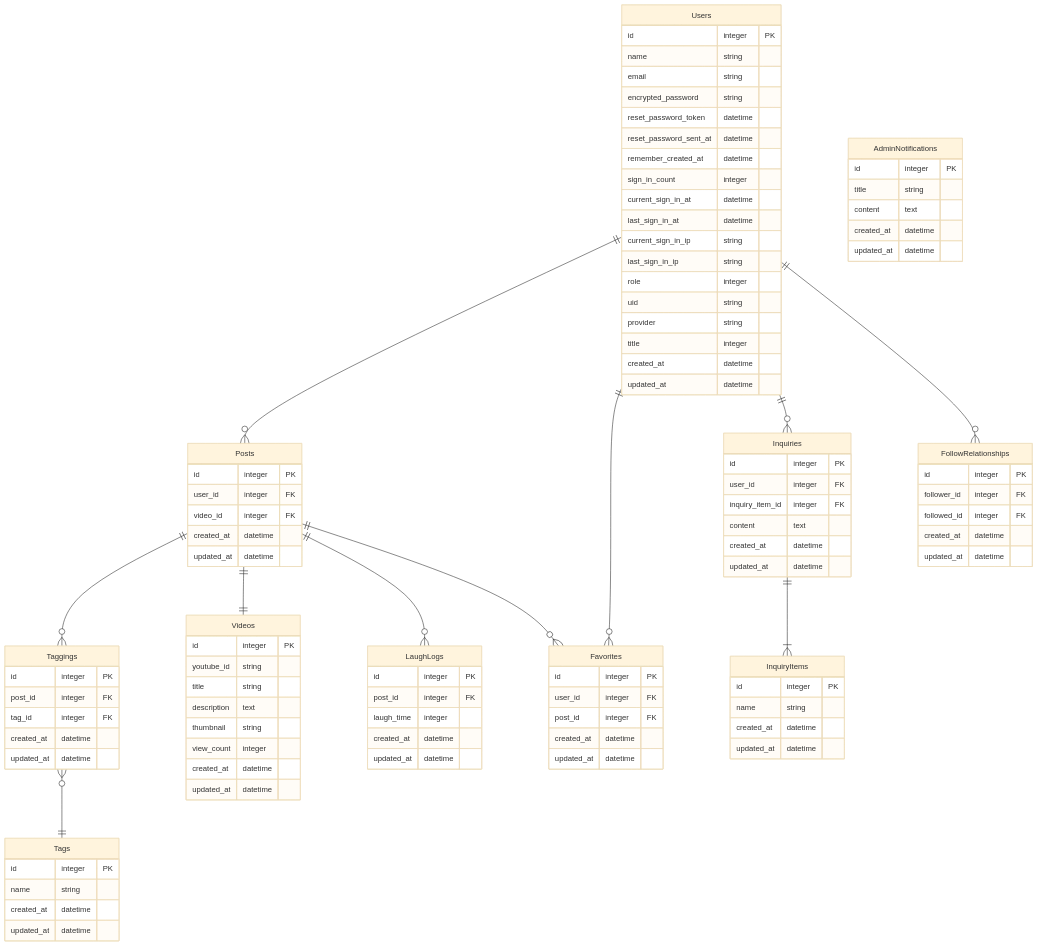
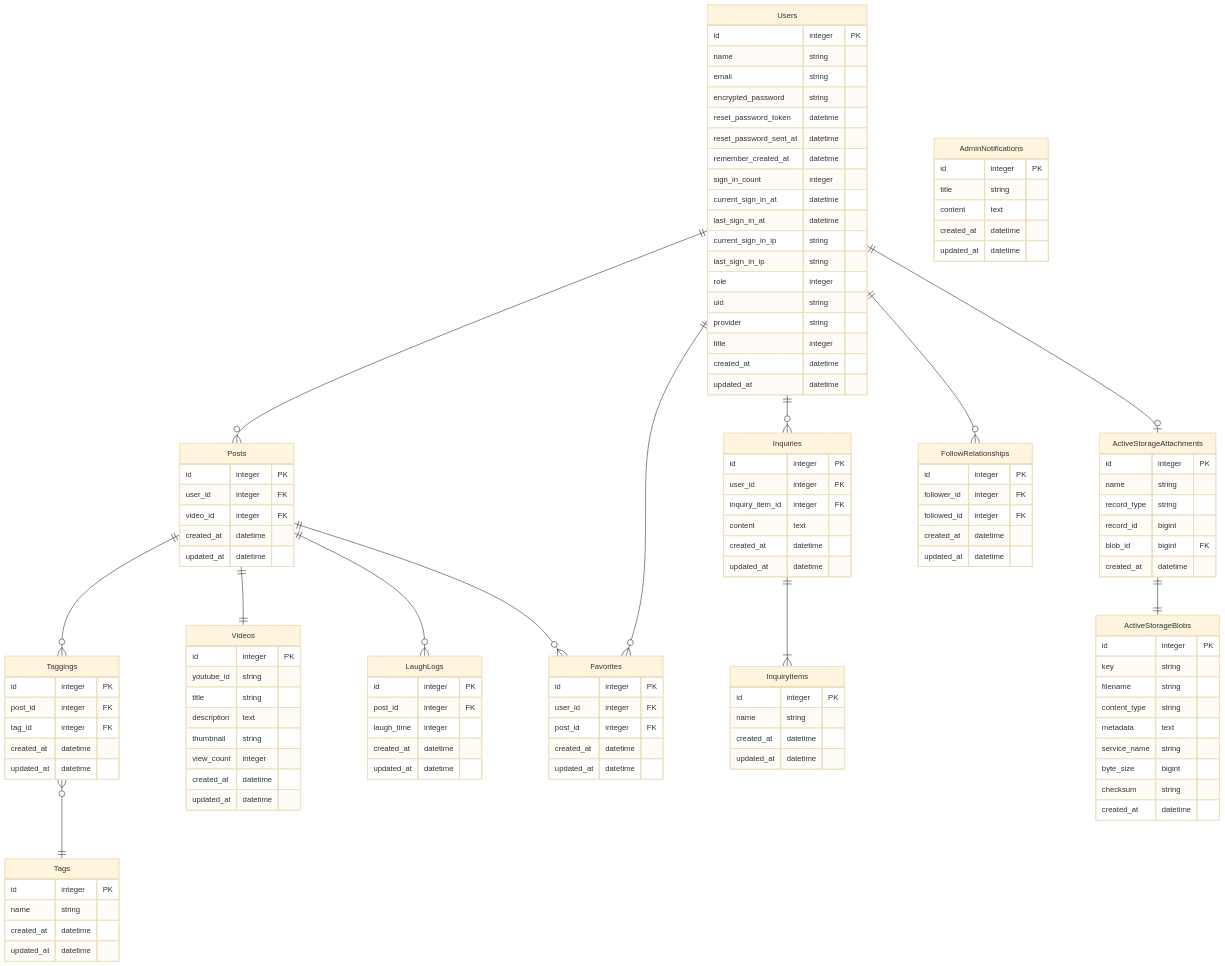
The diagram in README.md (y-takagiiii/netalog), drawn with Mermaid (base theme) before and after one commit. The commit also changed other lines of this file and 1 other file, not shown here.

Commit message:
add: ER図にactivestorage用のテーブルを追加

```diff
--- a/README.md
+++ b/README.md
@@ -67,6 +67,8 @@
   Users ||--o{ Inquiries : ""
   Inquiries ||--|{ InquiryItems : ""
   Users ||--o{ FollowRelationships : ""
+  Users ||--o| ActiveStorageAttachments : ""
+  ActiveStorageAttachments ||--|| ActiveStorageBlobs : ""
 
   Users {
     id integer PK
@@ -131,6 +133,27 @@
     updated_at datetime
   }
 
+  ActiveStorageBlobs {
+    id integer PK
+    key string
+    filename string
+    content_type string
+    metadata text
+    service_name string
+    byte_size bigint
+    checksum string
+    created_at datetime
+  }
+
+  ActiveStorageAttachments {
+    id integer PK
+    name string
+    record_type string
+    record_id bigint
+    blob_id bigint FK
+    created_at datetime
+  }
+
   Favorites {
     id integer PK
     user_id integer FK
```
